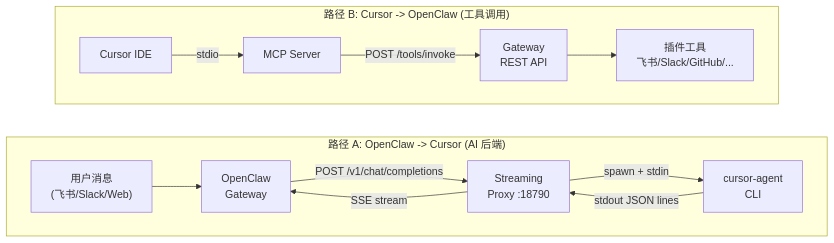
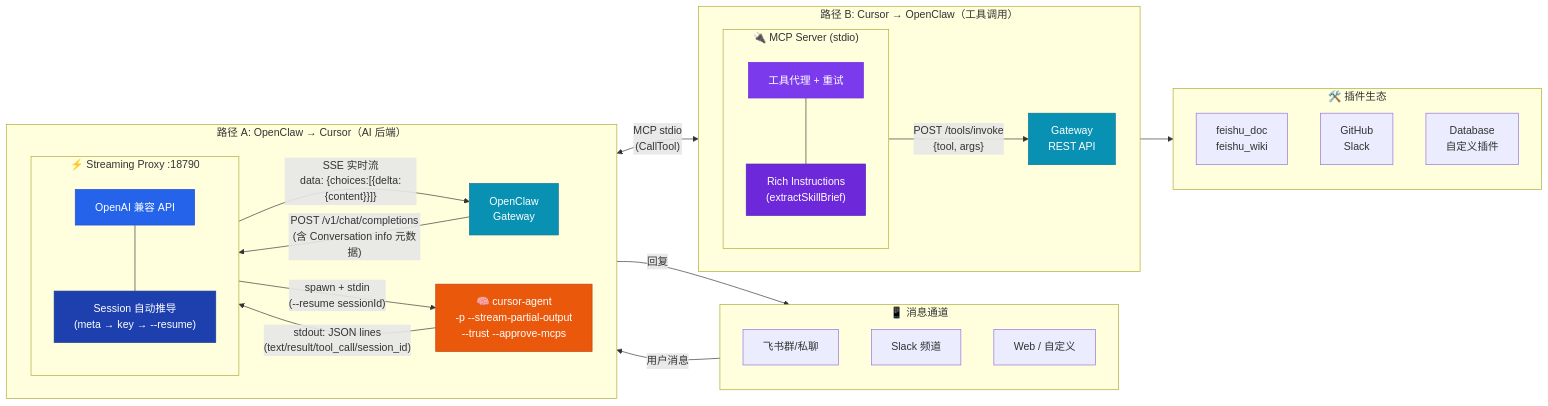
The first of 10 diagrams in doc/technical-guide-zh.md (andeya/openclaw-cursor-bridge), drawn with Mermaid before and after one commit. The commit also changed other lines of this file and 8 other files, not shown here.

First line of the commit message:
docs: add openclaw_skill tool docs, progressive disclosure, and brand logos

````diff
--- a/doc/technical-guide-zh.md
+++ b/doc/technical-guide-zh.md
@@ -75,18 +75,58 @@
 ```mermaid
 flowchart LR
-    subgraph pathA ["路径 A: OpenClaw -> Cursor (AI 后端)"]
-        direction LR
-        User["用户消息<br/>(飞书/Slack/Web)"] --> GW["OpenClaw<br/>Gateway"]
-        GW -->|"POST /v1/chat/completions"| Proxy["Streaming<br/>Proxy :18790"]
-        Proxy -->|"spawn + stdin"| Agent["cursor-agent<br/>CLI"]
-        Agent -->|"stdout JSON lines"| Proxy
-        Proxy -->|"SSE stream"| GW
+    subgraph Channels ["📱 消息通道"]
+        direction TB
+        CH1["飞书群/私聊"]
+        CH2["Slack 频道"]
+        CH3["Web / 自定义"]
     end
 
-    subgraph pathB ["路径 B: Cursor -> OpenClaw (工具调用)"]
+    subgraph pathA ["路径 A: OpenClaw → Cursor（AI 后端）"]
         direction LR
-        IDE["Cursor IDE"] -->|"stdio"| MCP["MCP Server"]
-        MCP -->|"POST /tools/invoke"| REST["Gateway<br/>REST API"]
-        REST --> Tools["插件工具<br/>飞书/Slack/GitHub/..."]
+        GW_A["OpenClaw\nGateway"]
+        subgraph ProxyDetail ["⚡ Streaming Proxy :18790"]
+            direction TB
+            API["OpenAI 兼容 API"]
+            SessionMgr["Session 自动推导\n(meta → key → --resume)"]
+            API --- SessionMgr
+        end
+        Agent["🧠 cursor-agent\n-p --stream-partial-output\n--trust --approve-mcps"]
     end
+
+    subgraph pathB ["路径 B: Cursor → OpenClaw（工具调用）"]
+        direction LR
+        subgraph MCPDetail ["🔌 MCP Server (stdio)"]
+            direction TB
+            MCPCore["工具代理 + 重试"]
+            Skills["Rich Instructions\n(extractSkillBrief)"]
+            MCPCore --- Skills
+        end
+        GW_B["Gateway\nREST API"]
+    end
+
+    subgraph Tools ["🛠️ 插件生态"]
+        direction TB
+        T1["feishu_doc\nfeishu_wiki"]
+        T2["GitHub\nSlack"]
+        T3["Database\n自定义插件"]
+    end
+
+    Channels -->|"用户消息"| GW_A
+    GW_A -->|"POST /v1/chat/completions\n(含 Conversation info 元数据)"| API
+    SessionMgr -->|"spawn + stdin\n(--resume sessionId)"| Agent
+    Agent -->|"stdout: JSON lines\n(text/result/tool_call/session_id)"| API
+    API -->|"SSE 实时流\ndata: {choices:[{delta:{content}}]}"| GW_A
+    GW_A -->|"回复"| Channels
+
+    Agent <-->|"MCP stdio\n(CallTool)"| MCPCore
+    MCPCore -->|"POST /tools/invoke\n{tool, args}"| GW_B
+    GW_B --> Tools
+
+    style API fill:#2563eb,color:#fff,stroke:#1d4ed8
+    style SessionMgr fill:#1e40af,color:#fff,stroke:#1e3a8a
+    style MCPCore fill:#7c3aed,color:#fff,stroke:#6d28d9
+    style Skills fill:#6d28d9,color:#fff,stroke:#5b21b6
+    style Agent fill:#ea580c,color:#fff,stroke:#c2410c
+    style GW_A fill:#0891b2,color:#fff,stroke:#0e7490
+    style GW_B fill:#0891b2,color:#fff,stroke:#0e7490
 ```
````
